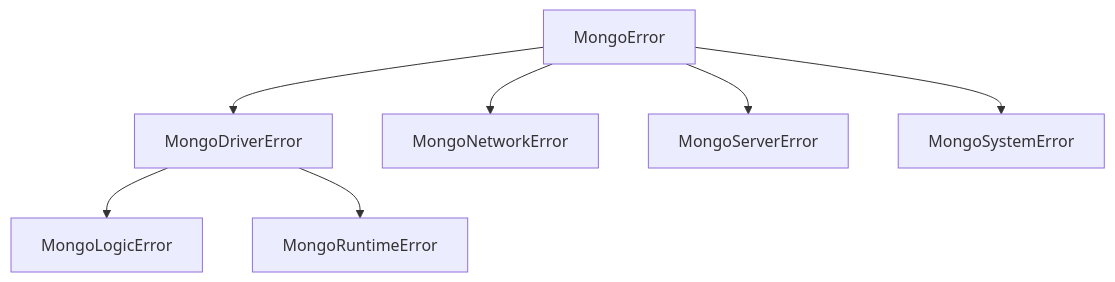
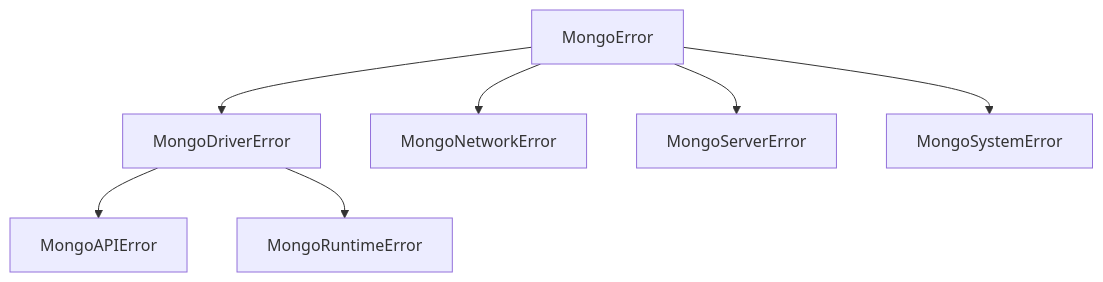
Before and after one commit to mongodb/node-mongodb-native: the diagram in docs/charts/mermaid/MongoError.mmd, drawn with Mermaid. The commit also changed 11 other files, not shown here.

Commit message:
docs: Update mermaid files and svgs

```diff
--- a/docs/charts/mermaid/MongoError.mmd
+++ b/docs/charts/mermaid/MongoError.mmd
@@ -1,7 +1,7 @@
 graph TD
     MongoError --> MongoDriverError
     MongoError --> MongoNetworkError
     MongoError --> MongoServerError
     MongoError --> MongoSystemError
-    MongoDriverError --> MongoLogicError
+    MongoDriverError --> MongoAPIError
     MongoDriverError --> MongoRuntimeError
```
